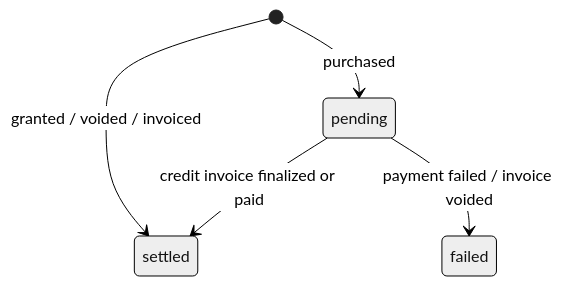
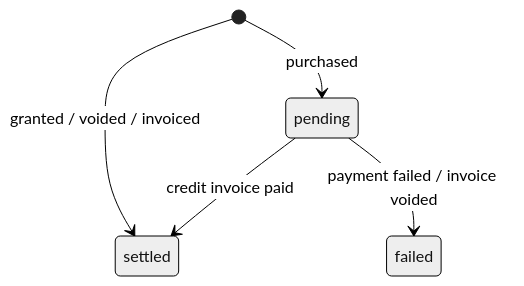
Before and after one commit to tanvoxyz/tanvo: the fourth of 5 diagrams in docs/domain.md, drawn with Mermaid (neutral theme). The commit also changed other lines of this file and 194 other files, not shown here.

````diff
--- a/docs/domain.md
+++ b/docs/domain.md
@@ -1107,7 +1109,7 @@
 ```mermaid
 stateDiagram-v2
     [*] --> pending: purchased
     [*] --> settled: granted / voided / invoiced
-    pending --> settled: credit invoice finalized or paid
+    pending --> settled: credit invoice paid
     pending --> failed: payment failed / invoice voided
 ```
````
